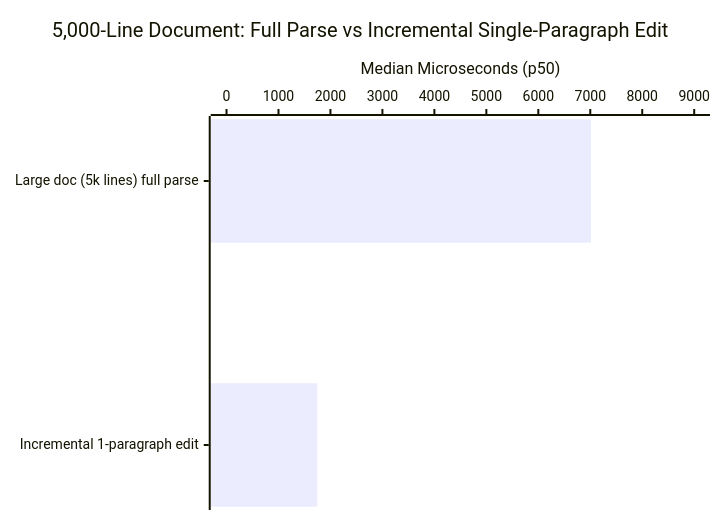
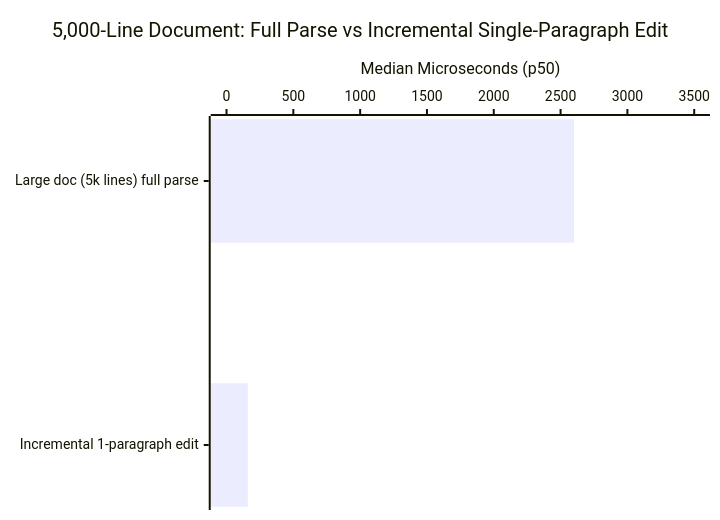
The second of 2 diagrams in doc/BENCHMARKS.md (tkinnis/markdown_engine), drawn with Mermaid before and after one commit. The commit also changed other lines of this file and 47 other files, not shown here.

````diff
--- a/doc/BENCHMARKS.md
+++ b/doc/BENCHMARKS.md
@@ -38,7 +38,7 @@
 ```mermaid
 xychart-beta horizontal
     title "5,000-Line Document: Full Parse vs Incremental Single-Paragraph Edit"
     x-axis ["Large doc (5k lines) full parse", "Incremental 1-paragraph edit"]
-    y-axis "Median Microseconds (p50)" 0 --> 9000
-    bar [7013.25, 1746.92]
+    y-axis "Median Microseconds (p50)" 0 --> 3500
+    bar [2600.75, 159.80]
 ```
````
